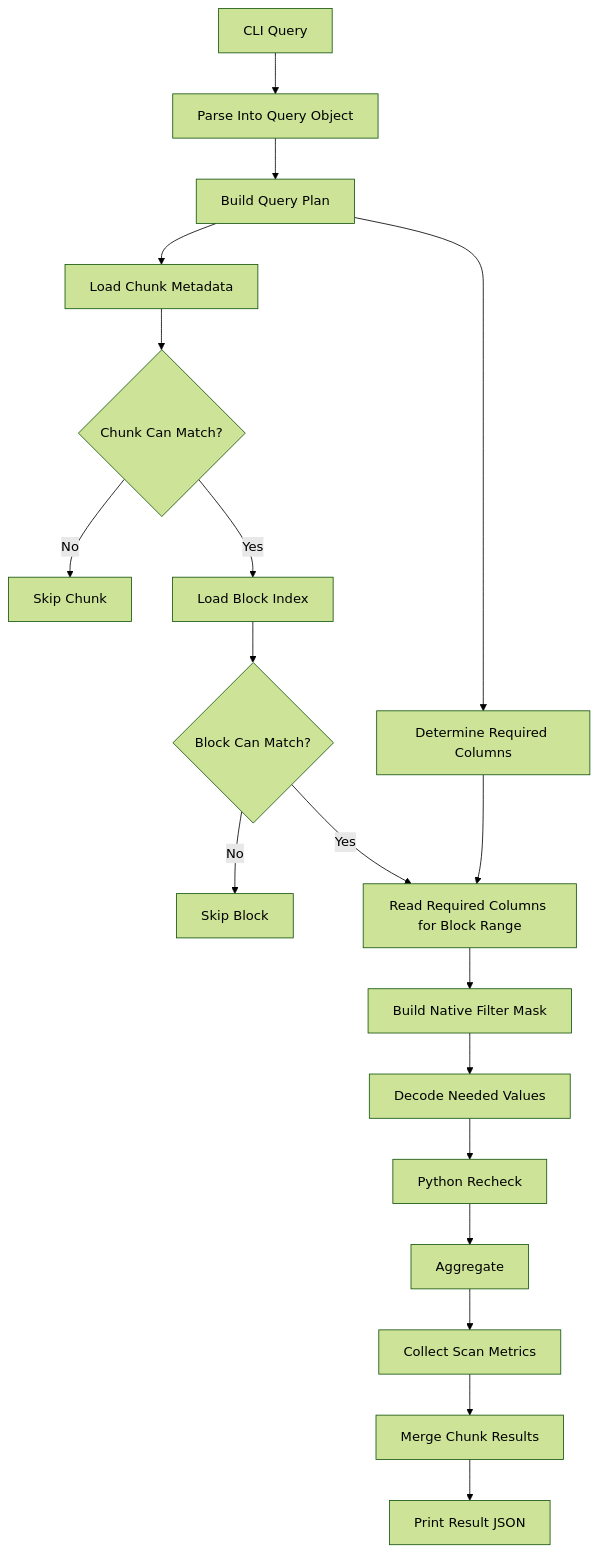
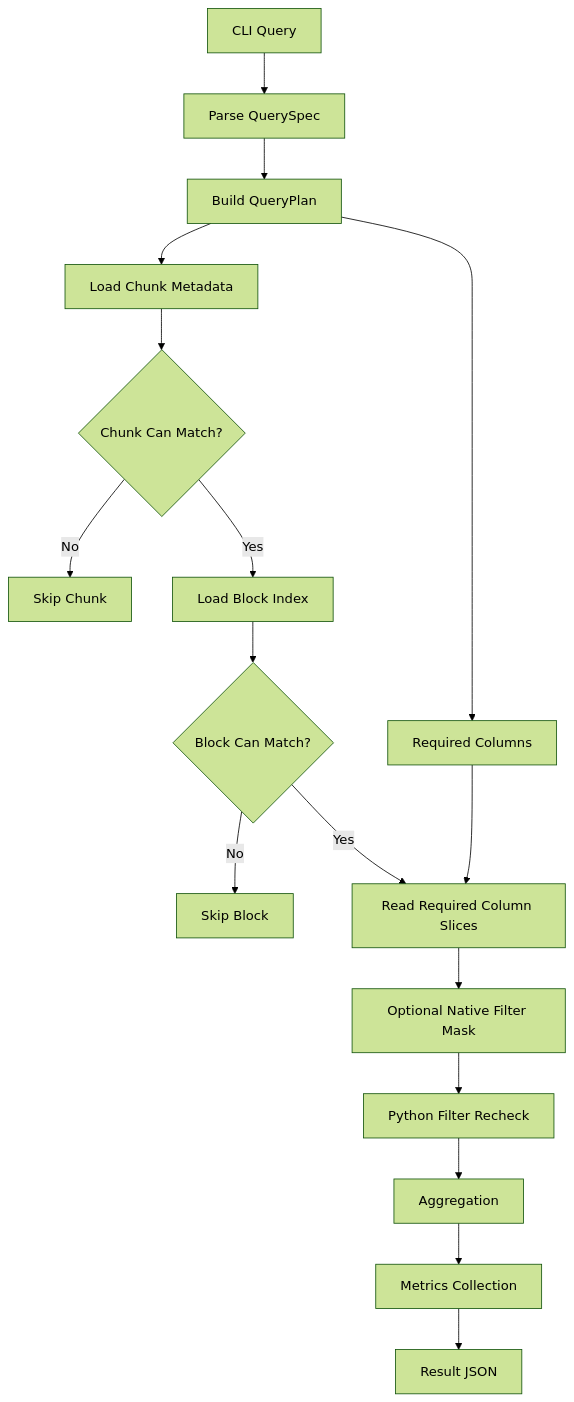
One commit to pitaleabhishek/tickdb changed the second of 2 diagrams in docs/architecture.md. Above: the diagram before and after it, drawn with Mermaid (forest theme). The commit also changed other lines of this file and 30 other files, not shown here.

````diff
--- a/docs/architecture.md
+++ b/docs/architecture.md
@@ -120,21 +87,19 @@
 ```mermaid
 flowchart TD
-    A[CLI Query] --> B[Parse Into Query Object]
-    B --> C[Build Query Plan]
-    C --> D[Determine Required Columns]
+    A[CLI Query] --> B[Parse QuerySpec]
+    B --> C[Build QueryPlan]
+    C --> D[Required Columns]
     C --> E[Load Chunk Metadata]
     E --> F{Chunk Can Match?}
     F -- No --> G[Skip Chunk]
     F -- Yes --> H[Load Block Index]
     H --> I{Block Can Match?}
     I -- No --> J[Skip Block]
-    I -- Yes --> K[Read Required Columns for Block Range]
+    I -- Yes --> K[Read Required Column Slices]
     D --> K
-    K --> L[Build Native Filter Mask]
-    L --> M[Decode Needed Values]
-    M --> N[Python Recheck]
-    N --> O[Aggregate]
-    O --> P[Collect Scan Metrics]
-    P --> Q[Merge Chunk Results]
-    Q --> R[Print Result JSON]
+    K --> L[Optional Native Filter Mask]
+    L --> M[Python Filter Recheck]
+    M --> N[Aggregation]
+    N --> O[Metrics Collection]
+    O --> P[Result JSON]
 ```
````
